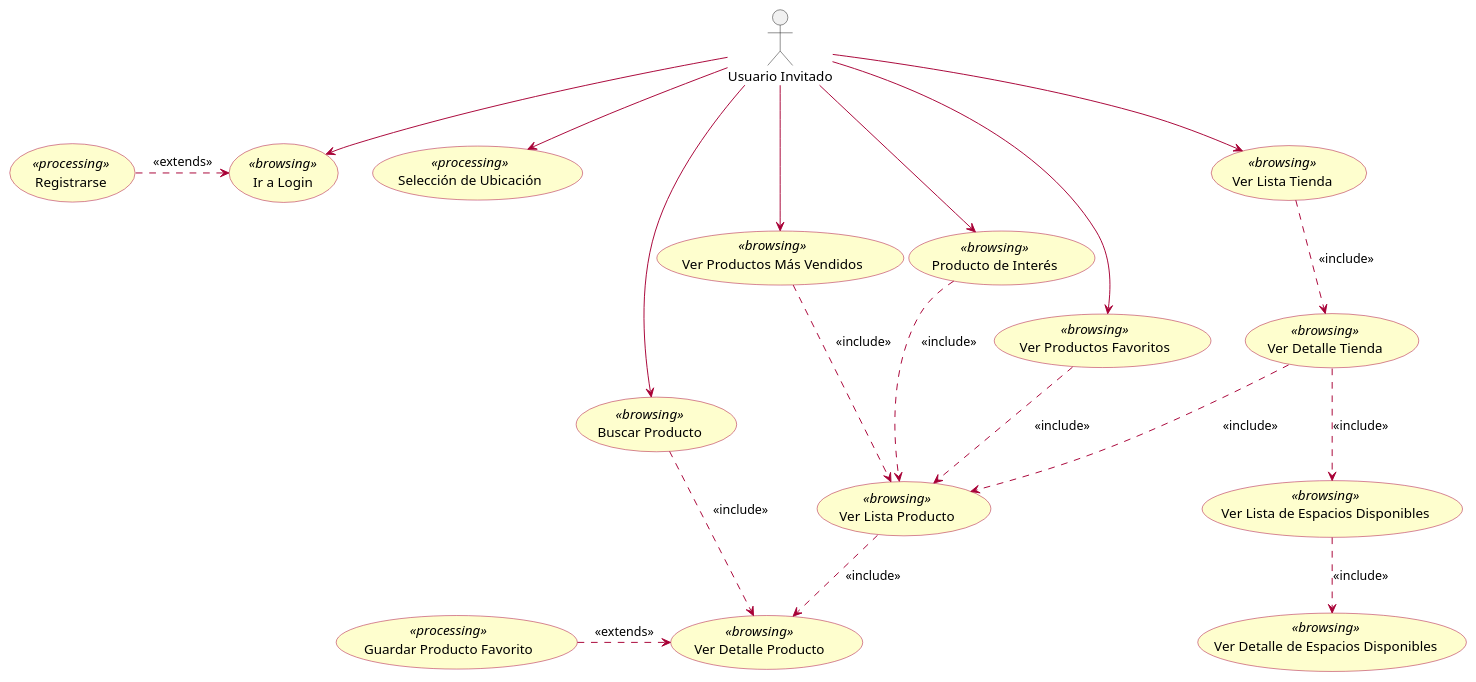
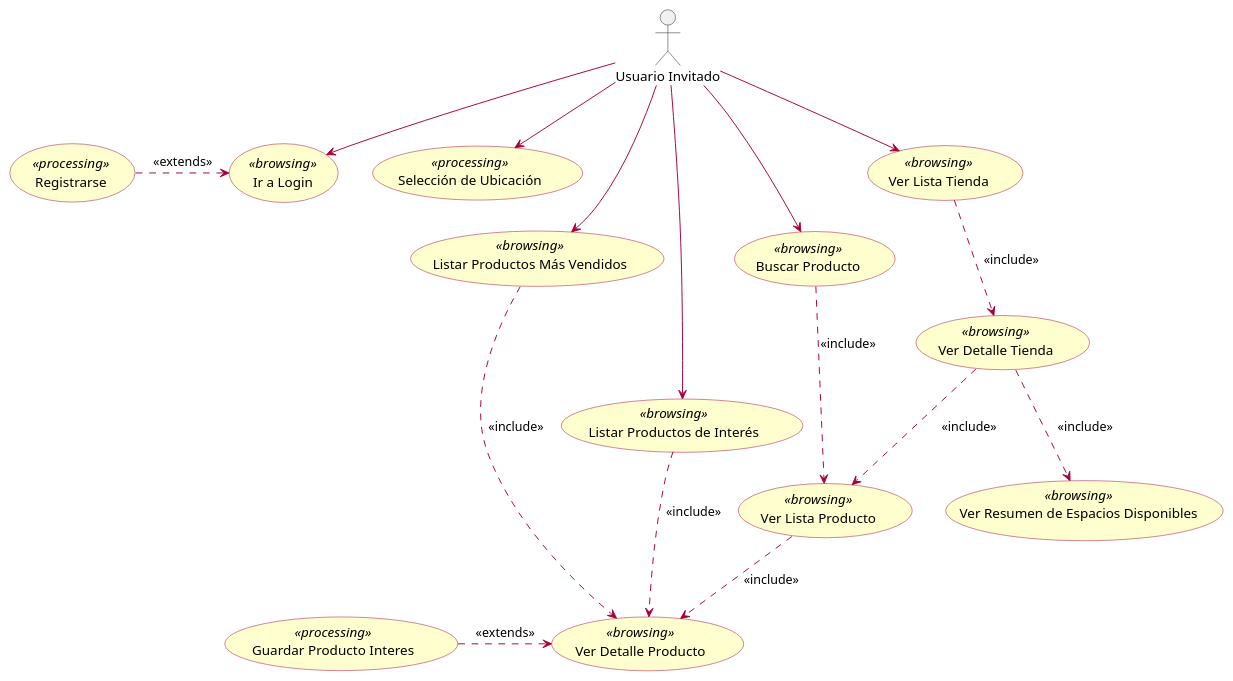
Before and after one commit to AtomicDevelopers/UWE-Tienda-Colectiva: the diagram in Requirements Model/UseCases/guest_user_usecases.puml, drawn with PlantUML. The commit also changed 1 other file, not shown here.

```diff
--- a/Requirements Model/UseCases/guest_user_usecases.puml
+++ b/Requirements Model/UseCases/guest_user_usecases.puml
@@ -1,84 +1,82 @@
 @startuml
 allow_mixing
 
 skinparam shadow false
 skinparam roundCorner 15
 skinparam class {
   BackgroundColor #FEFECE
   BorderColor #A80036
   ArrowColor #A80036
 }
 skinparam usecase {
   BackgroundColor #FEFECE
   BorderColor #A80036
   ArrowColor #A80036
 }
 
 actor "Usuario Invitado" as AnonUser
 
 ' 1. Selección de ubicación
 usecase "Selección de Ubicación" as SelectLocation <<processing>>
 
 ' a. Ir a login -> i. Registrarse
 usecase "Ir a Login" as GoToLogin <<browsing>>
 usecase "Registrarse" as Register <<processing>>
 
 ' b, d, e. Flujos que llevan a Lista de Productos
-usecase "Ver Productos Más Vendidos" as ViewMostSold <<browsing>>
+usecase "Listar Productos Más Vendidos" as ViewMostSold <<browsing>>
 usecase "Buscar Producto" as SearchProduct <<browsing>>
-usecase "Producto de Interés" as InterestProduct <<browsing>>
+usecase "Listar Productos de Interés" as InterestProduct <<browsing>>
 usecase "Ver Lista Tienda" as ViewStoreList <<browsing>>
-usecase "Ver Productos Favoritos" as ViewFavoriteProducts <<browsing>>
 
 ' Sub-casos reutilizables
 usecase "Ver Lista Producto" as ViewProductList <<browsing>>
 usecase "Ver Detalle Producto" as ViewProductDetail <<browsing>>
-usecase "Guardar Producto Favorito" as SaveInterestProduct <<processing>>
+usecase "Guardar Producto Interes" as SaveInterestProduct <<processing>>
 
 
 usecase "Ver Detalle Tienda" as ViewStoreDetail <<browsing>>
-usecase "Ver Lista de Espacios Disponibles" as ViewSpaceList <<browsing>>
-usecase "Ver Detalle de Espacios Disponibles" as ViewSpaceDetail <<browsing>>
+usecase "Ver Resumen de Espacios Disponibles" as ViewSpaceList <<browsing>>
+
 
 ' Relaciones
 
 ' 1. Ubicación
 AnonUser --> SelectLocation
 
 ' a. Login
 AnonUser --> GoToLogin
 Register .> GoToLogin : <<extends>>
 ' Nota: Registrarse extiende la funcionalidad de Login (opción adicional)
 
+' d. Producto de interés -> Lista -> Guardar
+AnonUser --> InterestProduct
+InterestProduct ..> ViewProductDetail : <<include>>
+
 ' b. Producto más vendido -> Lista -> Detalle -> Guardar
 AnonUser --> ViewMostSold
-ViewMostSold ..> ViewProductList : <<include>>
+ViewMostSold ..> ViewProductDetail : <<include>>
 ViewProductList ..> ViewProductDetail : <<include>>
 SaveInterestProduct .> ViewProductDetail : <<extends>>
 
-' e. Ver productos favoritos -> Lista -> Detalle -> Guardar
-AnonUser --> ViewFavoriteProducts
-ViewFavoriteProducts ..> ViewProductList : <<include>>
 
-' c. Buscar producto -> Detalle -> Guardar
+
+
+' c. Buscar producto -> Lista -> Guardar
 AnonUser --> SearchProduct
-SearchProduct ..> ViewProductDetail : <<include>>
-' Nota: Buscar puede llevar directo o vía lista, simplificado a detalle según jerarquía del usuario
+SearchProduct ..> ViewProductList : <<include>>
 
-' d. Producto de interés -> Lista -> Detalle -> Guardar
-AnonUser --> InterestProduct
-InterestProduct ..> ViewProductList : <<include>>
-' (Conecta con flujo existente de Lista -> Detalle -> Guardar)
 
-' e. Ver lista tienda -> Detalle tienda -> Espacios / Lista Productos
+
+
+' e. Ver lista tienda -> Detalle tienda -> Resumen de Espacios / Lista Productos
 AnonUser --> ViewStoreList
 ViewStoreList ..> ViewStoreDetail : <<include>>
 
 ' Detalle tienda tiene dos ramas:
 ViewStoreDetail ..> ViewSpaceList : <<include>>
 ViewStoreDetail ..> ViewProductList : <<include>>
 
-' Rama Espacios
-ViewSpaceList ..> ViewSpaceDetail : <<include>>
+
 
 @enduml
```
